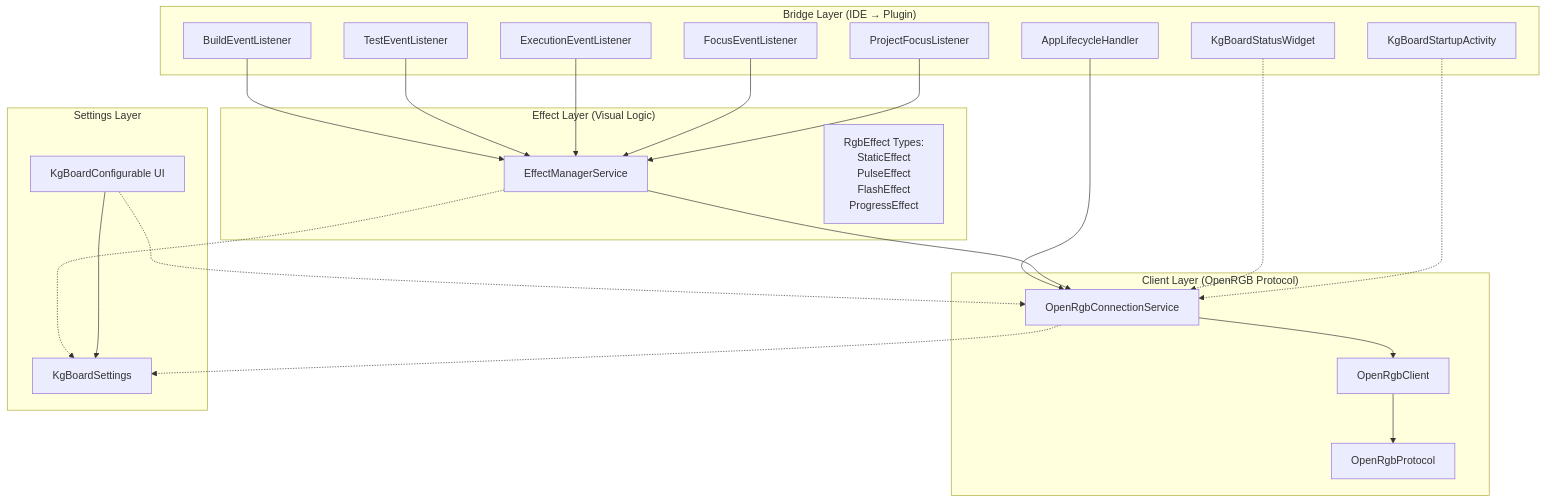
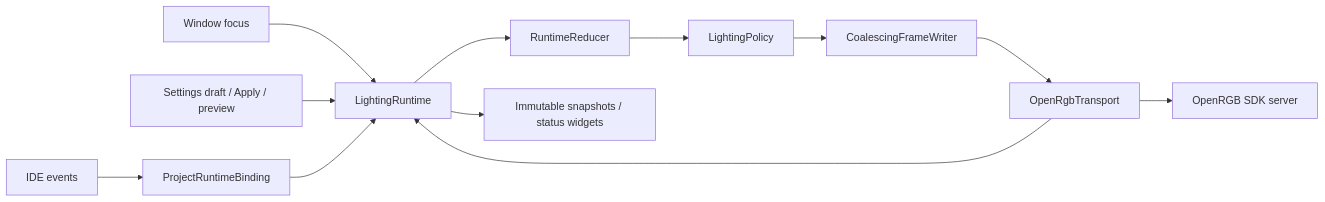
The diagram in README.md (dzerik/KGBoard), drawn with Mermaid before and after one commit. The commit also changed other lines of this file and 99 other files, not shown here.

````diff
--- a/README.md
+++ b/README.md
@@ -52,47 +52,14 @@
 ```mermaid
-graph TD
-    subgraph Bridge["Bridge Layer (IDE → Plugin)"]
-        BuildListener[BuildEventListener]
-        TestListener[TestEventListener]
-        ExecListener[ExecutionEventListener]
-        FocusListener[FocusEventListener]
-        LifecycleHandler[AppLifecycleHandler]
-        ProjectListener[ProjectFocusListener]
-        StartupActivity[KgBoardStartupActivity]
-        StatusWidget[KgBoardStatusWidget]
-    end
-
-    subgraph Effect["Effect Layer (Visual Logic)"]
-        EffectManager[EffectManagerService]
-        Effects[RgbEffect Types:<br/>StaticEffect<br/>PulseEffect<br/>FlashEffect<br/>ProgressEffect]
-    end
-
-    subgraph Client["Client Layer (OpenRGB Protocol)"]
-        ConnectionService[OpenRgbConnectionService]
-        RgbClient[OpenRgbClient]
-        Protocol[OpenRgbProtocol]
-    end
-
-    subgraph Settings["Settings Layer"]
-        KgBoardSettings[KgBoardSettings]
-        Configurable[KgBoardConfigurable UI]
-    end
-
-    BuildListener --> EffectManager
-    TestListener --> EffectManager
-    ExecListener --> EffectManager
-    FocusListener --> EffectManager
-    LifecycleHandler --> ConnectionService
-    ProjectListener --> EffectManager
-    EffectManager --> ConnectionService
-    ConnectionService --> RgbClient
-    RgbClient --> Protocol
-
-    EffectManager -.-> KgBoardSettings
-    ConnectionService -.-> KgBoardSettings
-    StatusWidget -.-> ConnectionService
-    StartupActivity -.-> ConnectionService
-
-    Configurable --> KgBoardSettings
-    Configurable -.-> ConnectionService
+flowchart LR
+    IDE[IDE events] --> Binding[ProjectRuntimeBinding]
+    Focus[Window focus] --> Runtime[LightingRuntime]
+    Settings[Settings draft / Apply / preview] --> Runtime
+    Binding --> Runtime
+    Runtime --> Reducer[RuntimeReducer]
+    Reducer --> Policy[LightingPolicy]
+    Policy --> Writer[CoalescingFrameWriter]
+    Writer --> Transport[OpenRgbTransport]
+    Transport --> Server[OpenRGB SDK server]
+    Transport --> Runtime
+    Runtime --> UI[Immutable snapshots / status widgets]
 ```
````
